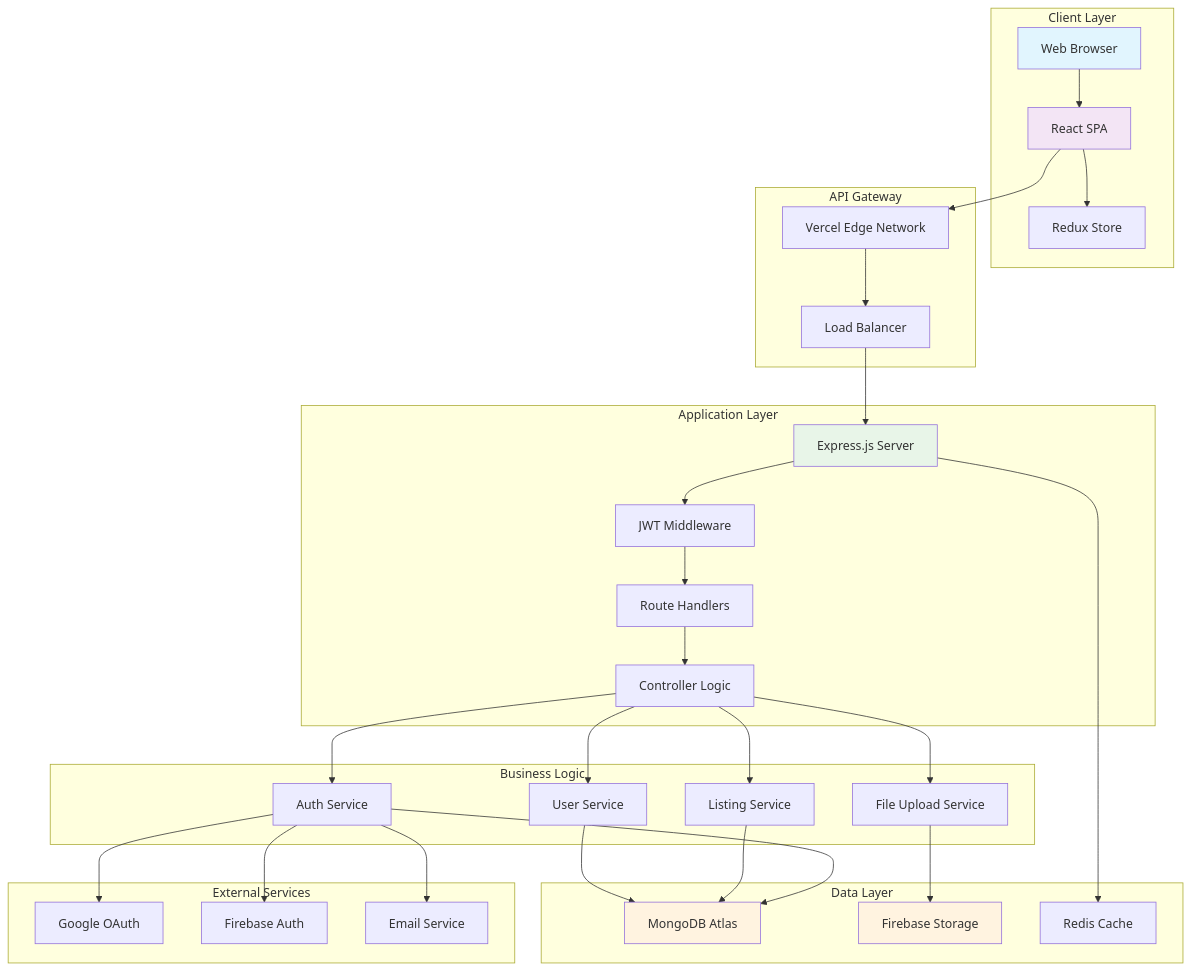
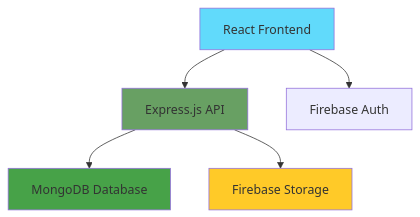
Before and after one commit to im-shafiqurrehman/RealEstate-Mern: the first of 2 diagrams in README.md, drawn with Mermaid. The commit also changed other lines of this file, not shown here.

````diff
--- a/README.md
+++ b/README.md
@@ -134,66 +29,12 @@
 ```mermaid
 graph TB
-    subgraph "Client Layer"
-        A[Web Browser]
-        B[React SPA]
-        C[Redux Store]
-    end
+    A[React Frontend] --> B[Express.js API]
+    B --> C[MongoDB Database]
+    B --> D[Firebase Storage]
+    A --> E[Firebase Auth]
     
-    subgraph "API Gateway"
-        D[Vercel Edge Network]
-        E[Load Balancer]
-    end
-    
-    subgraph "Application Layer"
-        F[Express.js Server]
-        G[JWT Middleware]
-        H[Route Handlers]
-        I[Controller Logic]
-    end
-    
-    subgraph "Business Logic"
-        J[User Service]
-        K[Listing Service]
-        L[Auth Service]
-        M[File Upload Service]
-    end
-    
-    subgraph "Data Layer"
-        N[MongoDB Atlas]
-        O[Firebase Storage]
-        P[Redis Cache]
-    end
-    
-    subgraph "External Services"
-        Q[Google OAuth]
-        R[Firebase Auth]
-        S[Email Service]
-    end
-    
-    A --> B
-    B --> C
-    B --> D
-    D --> E
-    E --> F
-    F --> G
-    G --> H
-    H --> I
-    I --> J
-    I --> K
-    I --> L
-    I --> M
-    J --> N
-    K --> N
-    L --> N
-    M --> O
-    F --> P
-    L --> Q
-    L --> R
-    L --> S
-    
-    style A fill:#e1f5fe
-    style B fill:#f3e5f5
-    style F fill:#e8f5e8
-    style N fill:#fff3e0
-    style O fill:#fff3e0
+    style A fill:#61dafb
+    style B fill:#68a063
+    style C fill:#47a248
+    style D fill:#ffca28
 ```
````
